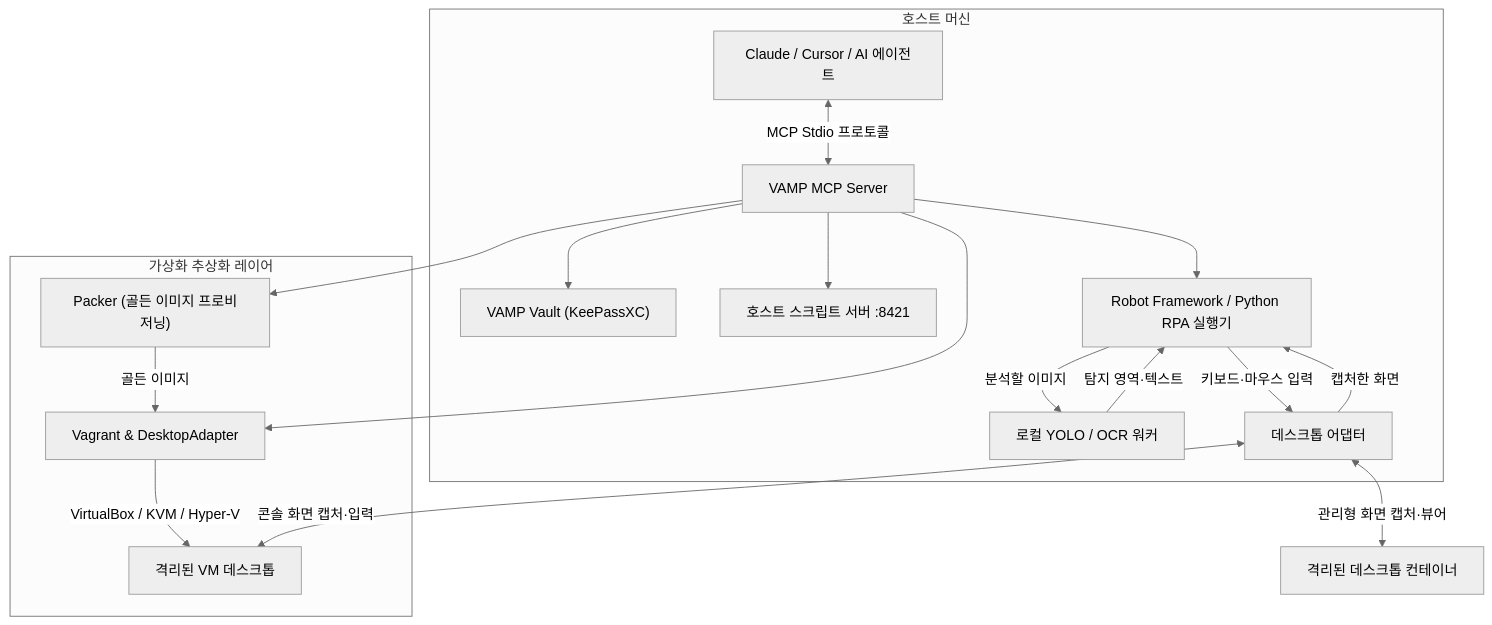
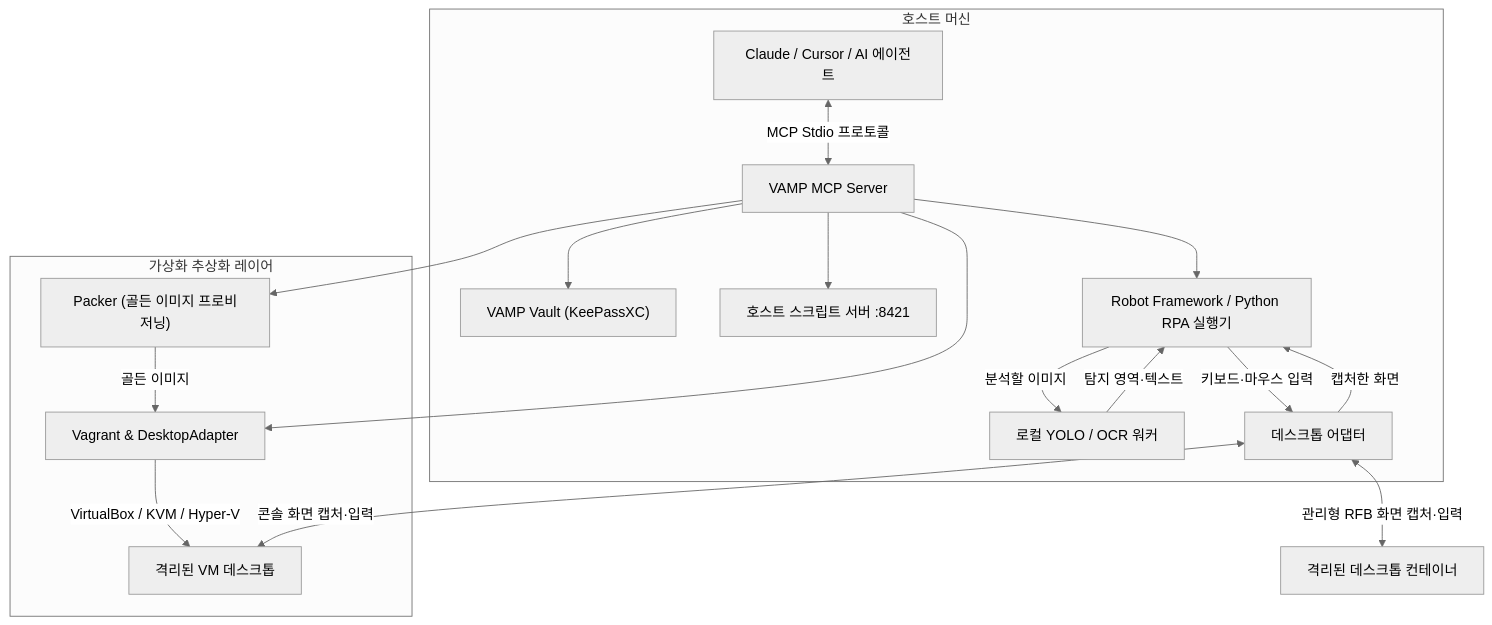
One commit to wayfarer6/vamp-mcp changed the diagram in README.ko.md. Above: the diagram before and after it, drawn with Mermaid (neutral theme). The commit also changed 12 other files, not shown here.

````diff
--- a/README.ko.md
+++ b/README.ko.md
@@ -114,35 +114,35 @@
 ```mermaid
 flowchart TD
     subgraph Host ["호스트 머신"]
         Agent["Claude / Cursor / AI 에이전트"]
         MCP["VAMP MCP Server"]
         Vault["VAMP Vault (KeePassXC)"]
         HTTP["호스트 스크립트 서버 :8421"]
         RPA["Robot Framework / Python RPA 실행기"]
         Vision["로컬 YOLO / OCR 워커"]
         Desktop["데스크톱 어댑터"]
 
         Agent <-->|MCP Stdio 프로토콜| MCP
         MCP --> Vault
         MCP --> HTTP
         MCP --> RPA
         RPA -->|키보드·마우스 입력| Desktop
         Desktop -->|캡처한 화면| RPA
         RPA -->|분석할 이미지| Vision
         Vision -->|탐지 영역·텍스트| RPA
     end
 
     subgraph Infrastructure ["가상화 추상화 레이어"]
         Packer["Packer (골든 이미지 프로비저닝)"]
         Vagrant["Vagrant & DesktopAdapter"]
         MCP --> Packer
         MCP --> Vagrant
         Packer -->|골든 이미지| Vagrant
         Vagrant -->|VirtualBox / KVM / Hyper-V| VM
     end
 
     VM["격리된 VM 데스크톱"]
     Container["격리된 데스크톱 컨테이너"]
     Desktop <-->|콘솔 화면 캡처·입력| VM
-    Desktop <-->|관리형 화면 캡처·뷰어| Container
+    Desktop <-->|관리형 RFB 화면 캡처·입력| Container
 ```
````
